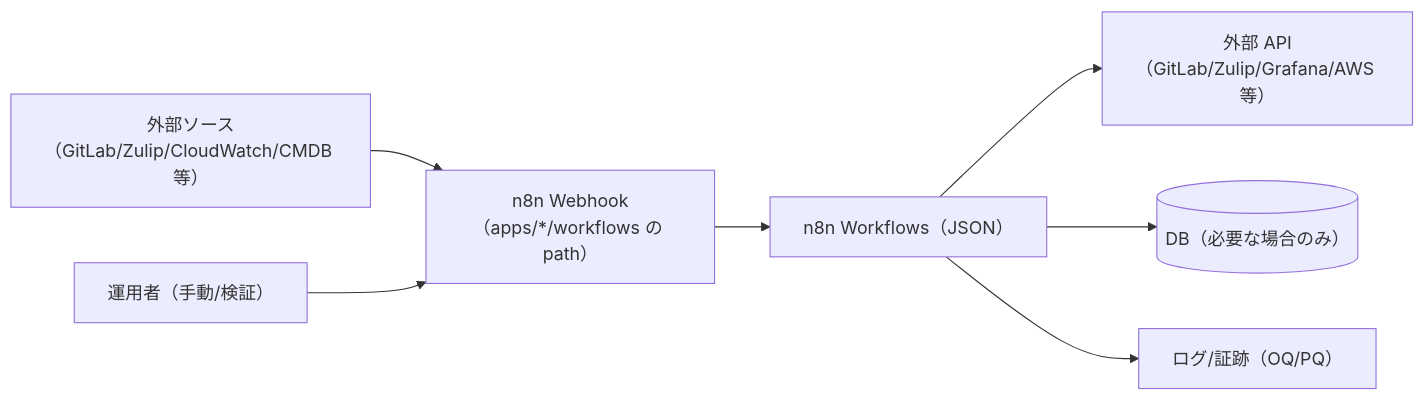
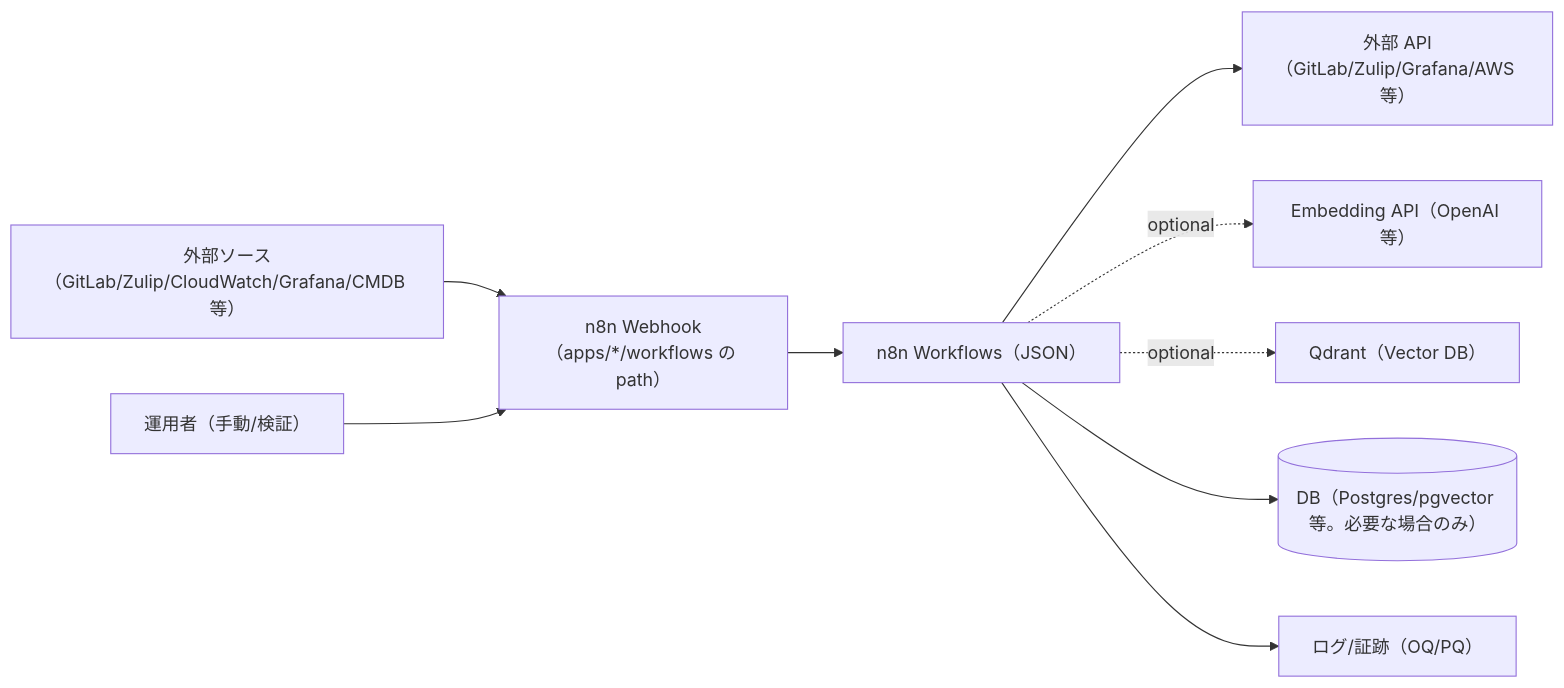
The diagram in apps/README.md (smic-aiops/aiops-agent), drawn with Mermaid before and after one commit. The commit also changed other lines of this file and 7 other files, not shown here.

Commit message:
Docs: reflect n8n-Qdrant, Grafana, app integrations

````diff
--- a/apps/README.md
+++ b/apps/README.md
@@ -10,10 +10,12 @@
 ```mermaid
 flowchart LR
-  Sources[外部ソース（GitLab/Zulip/CloudWatch/CMDB 等）] --> Webhook["n8n Webhook（apps/*/workflows の path）"]
+  Sources[外部ソース（GitLab/Zulip/CloudWatch/Grafana/CMDB 等）] --> Webhook["n8n Webhook（apps/*/workflows の path）"]
   Operator[運用者（手動/検証）] --> Webhook
 
   Webhook --> WF[n8n Workflows（JSON）]
   WF --> Ext[外部 API（GitLab/Zulip/Grafana/AWS 等）]
-  WF --> DB[(DB（必要な場合のみ）)]
+  WF -. optional .-> EmbeddingAPI[Embedding API（OpenAI 等）]
+  WF -. optional .-> Qdrant[Qdrant（Vector DB）]
+  WF --> DB[(DB（Postgres/pgvector 等。必要な場合のみ）)]
   WF --> Evidence[ログ/証跡（OQ/PQ）]
 ```
````
